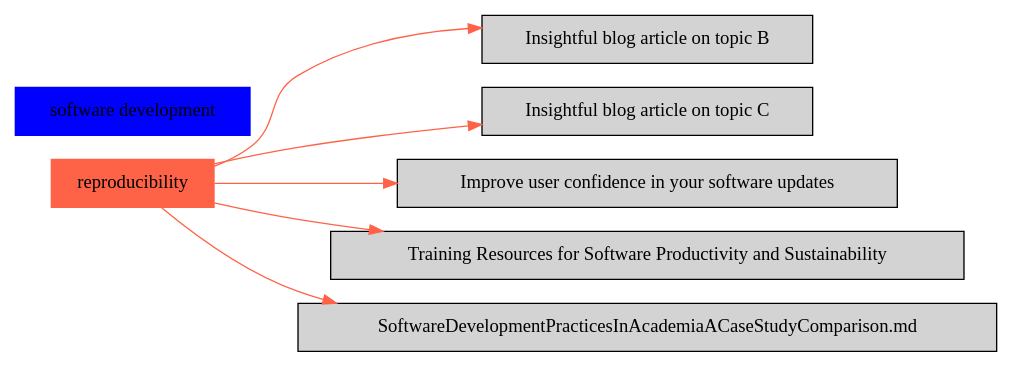
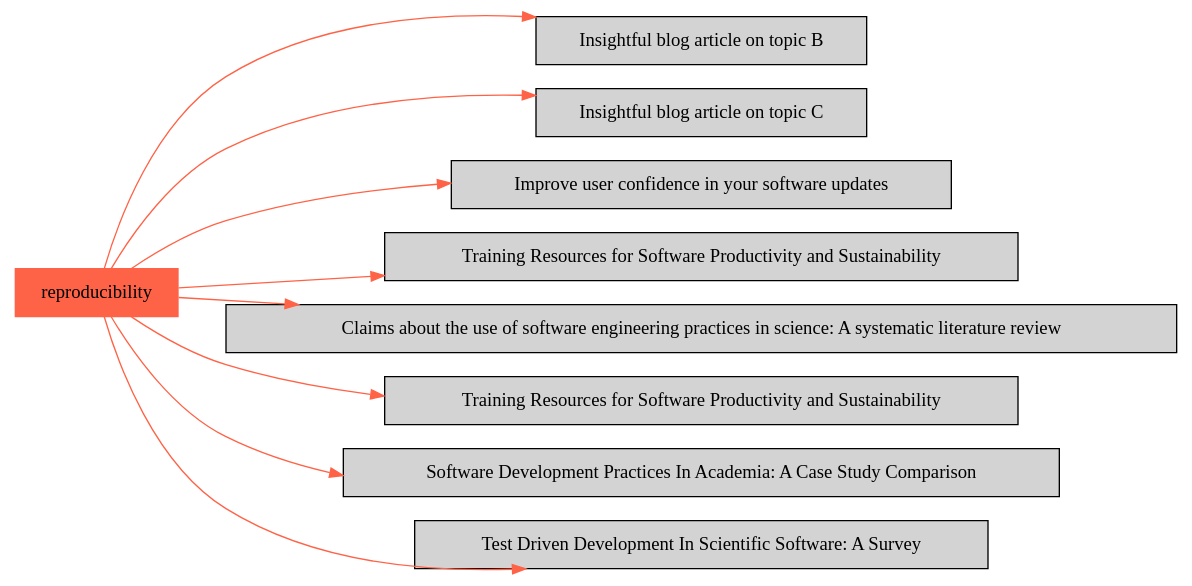
One commit to duongdo27/Dealii changed the diagram in markdown/topic_reproducibility.dot. Above: the diagram before and after it, drawn with Graphviz. The commit also changed 6 other files, not shown here.

```diff
--- a/markdown/topic_reproducibility.dot
+++ b/markdown/topic_reproducibility.dot
@@ -1,17 +1,23 @@
 digraph bettersoftware {
             rankdir = LR;
             ratio = fill;
             node [style=filled];
             node [shape = box];
 "reproducibility" [colorscheme="svg" color="tomato"];
 "reproducibility" ->  "BlogArticleSkeletonB.md" [colorscheme="svg" color="tomato"];
 "BlogArticleSkeletonB.md" [label="Insightful blog article on topic B" URL="http://bss.parallactic.com/resources/insightful-blog-article-on-topic-b"];
 "reproducibility" ->  "BlogArticleSkeletonC.md" [colorscheme="svg" color="tomato"];
 "BlogArticleSkeletonC.md" [label="Insightful blog article on topic C" URL="http://bss.parallactic.com/resources/insightful-blog-article-on-topic-c"];
 "reproducibility" ->  "ImproveUserConfidenceInSwUpdates.md" [colorscheme="svg" color="tomato"];
 "ImproveUserConfidenceInSwUpdates.md" [label="Improve user confidence in your software updates" URL="http://bss.parallactic.com/resources/improve-user-confidence-in-your-software-updates"];
 "reproducibility" ->  "BestPracticesForHPCSwDevelopersWebinarSeries.md" [colorscheme="svg" color="tomato"];
 "BestPracticesForHPCSwDevelopersWebinarSeries.md" [label="Training Resources for Software Productivity and Sustainability" URL="http://bss.parallactic.com/resources/training-resources-for-software-productivity-and-sustainability"];
+"reproducibility" ->  "ClaimsAboutSoftwareEnginScienceReview.md" [colorscheme="svg" color="tomato"];
+"ClaimsAboutSoftwareEnginScienceReview.md" [label="Claims about the use of software engineering practices in science: A systematic literature review", URL="http://bss.parallactic.com/resources/claims-about-the-use-of-software-engineering-practices-in-science-a-systematic-literature-review"];
+"reproducibility" ->  "CseCollaborationThroughSoftwareImprovingProductivityAndSustainability.SIAM-CSE17.md" [colorscheme="svg" color="tomato"];
+"CseCollaborationThroughSoftwareImprovingProductivityAndSustainability.SIAM-CSE17.md" [label="Training Resources for Software Productivity and Sustainability" URL="http://bss.parallactic.com/resources/training-resources-for-software-productivity-and-sustainability"];
 "reproducibility" ->  "SoftwareDevelopmentPracticesInAcademiaACaseStudyComparison.md" [colorscheme="svg" color="tomato"];
-"software development" [colorscheme="svg" color="blue"];
+"SoftwareDevelopmentPracticesInAcademiaACaseStudyComparison.md" [label="Software Development Practices In Academia: A Case Study Comparison", URL="http://bss.parallactic.com/resources/software-development-practices-in-academia-a-case-study-comparison"];
+"reproducibility" ->  "TestDrivenDevptInScientificSwASurvey.md" [colorscheme="svg" color="tomato"];
+"TestDrivenDevptInScientificSwASurvey.md" [label="Test Driven Development In Scientific Software: A Survey" URL="http://bss.parallactic.com/resources/test-driven-development-in-scientific-software-a-survey"];
 }
```
